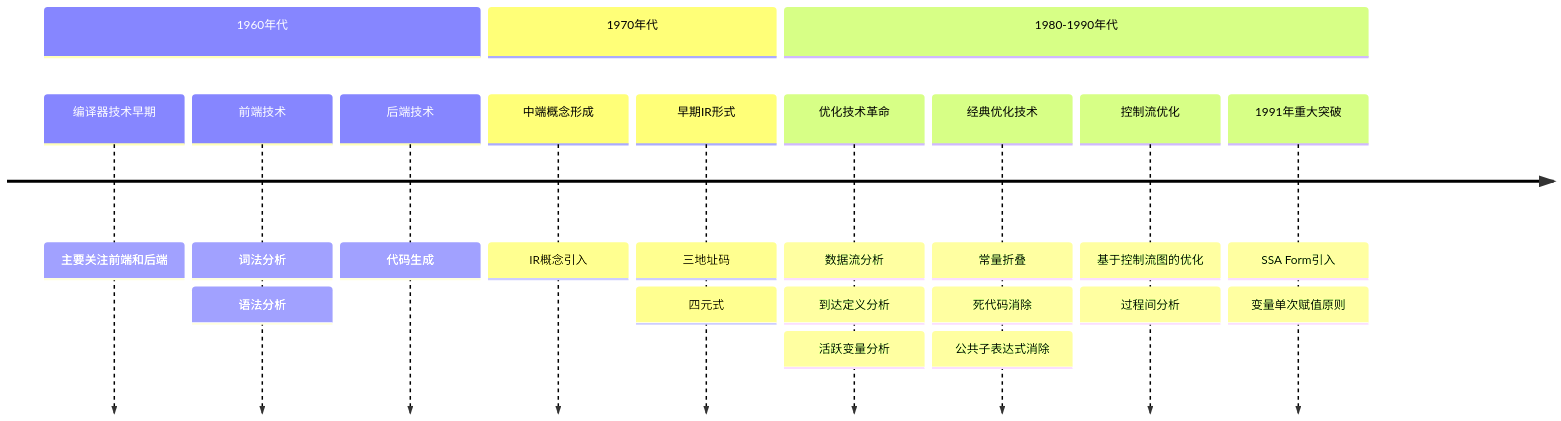
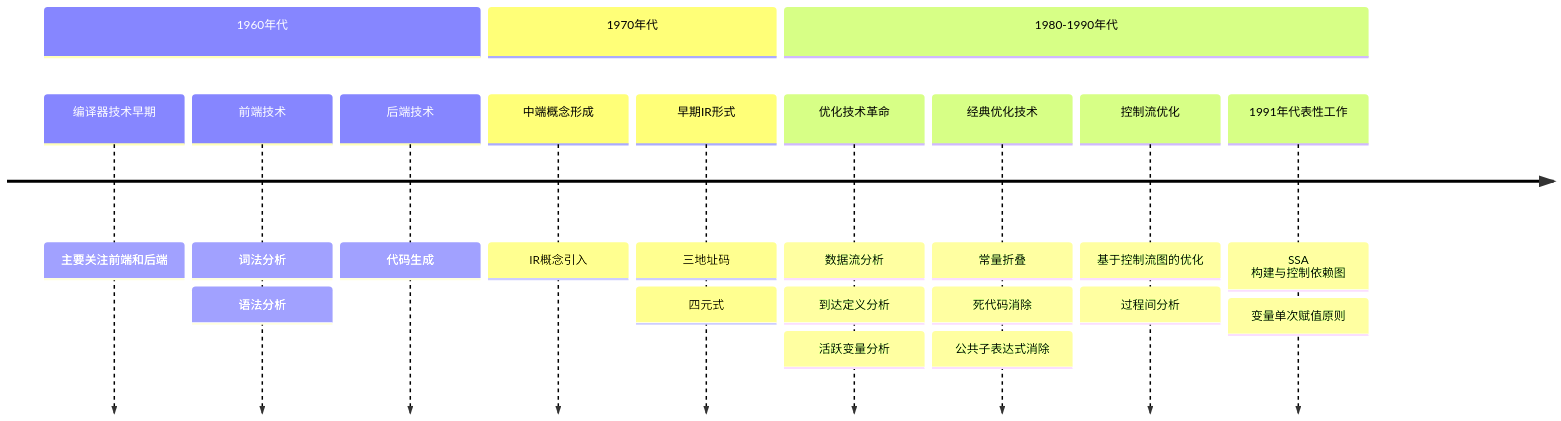
One commit to yaklang/ssa.to changed the first of 11 diagrams in static-analysis-guide/topic-compiler-for-static-analysis.mdx. Above: the diagram before and after it, drawn with Mermaid. The commit also changed other lines of this file and 91 other files, not shown here.

````diff
--- a/static-analysis-guide/topic-compiler-for-static-analysis.mdx
+++ b/static-analysis-guide/topic-compiler-for-static-analysis.mdx
@@ -27,25 +35,25 @@
 ```mermaid
 timeline
   section 1960年代
       编译器技术早期 : 主要关注前端和后端
       前端技术 : 词法分析
               : 语法分析
       后端技术 : 代码生成
   
   section 1970年代
       中端概念形成 : IR概念引入
       早期IR形式 : 三地址码
                  : 四元式
   
   section 1980-1990年代
       优化技术革命 : 数据流分析
                    : 到达定义分析
                    : 活跃变量分析
       经典优化技术 : 常量折叠
                    : 死代码消除
                    : 公共子表达式消除
       控制流优化 : 基于控制流图的优化
                  : 过程间分析
-      1991年重大突破 : SSA Form引入
+      1991年代表性工作 : SSA 构建与控制依赖图
                      : 变量单次赋值原则
 ```
````
